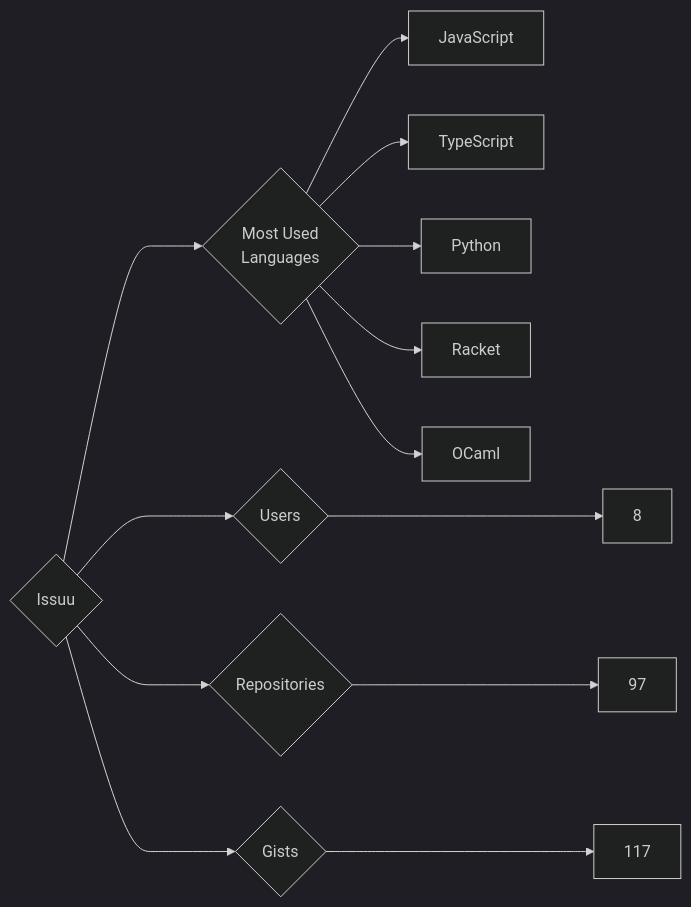
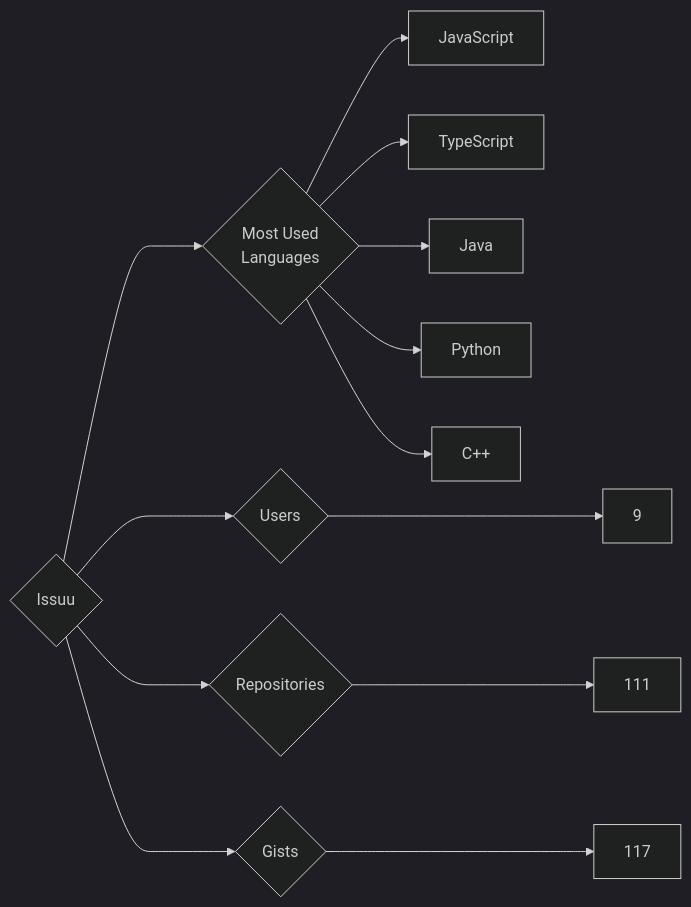
One commit to trickest/insiders changed the diagram in targets/Issuu/README.md. Above: the diagram before and after it, drawn with Mermaid (dark theme). The commit also changed 750 other files, not shown here.

````diff
--- a/targets/Issuu/README.md
+++ b/targets/Issuu/README.md
@@ -3,13 +3,13 @@
 ```mermaid
 graph LR
 COMPANY_NAME{Issuu}
-COMPANY_NAME ---> U{Users} ---> UN[8]
-COMPANY_NAME ---> R{Repositories} ---> RN[97]
+COMPANY_NAME ---> U{Users} ---> UN[9]
+COMPANY_NAME ---> R{Repositories} ---> RN[111]
 COMPANY_NAME ---> G{Gists} ---> GN[117]
 COMPANY_NAME ---> ML{Most Used<br>Languages}
 ML --> JavaScript[JavaScript]
 ML --> TypeScript[TypeScript]
+ML --> Java[Java]
 ML --> Python[Python]
-ML --> Racket[Racket]
-ML --> OCaml[OCaml]
+ML --> C++[C++]
 ```
````
